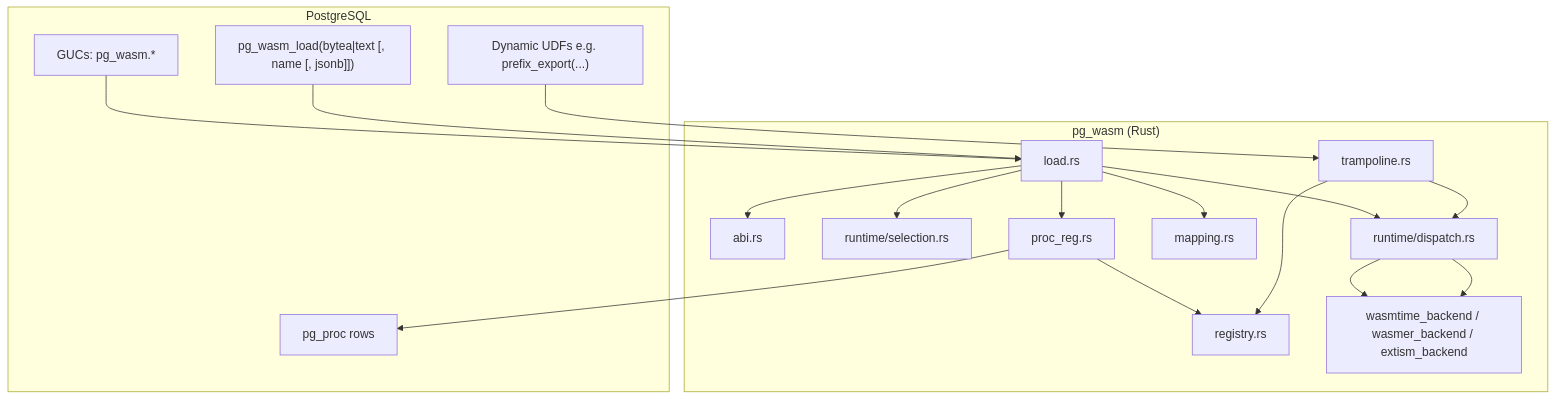
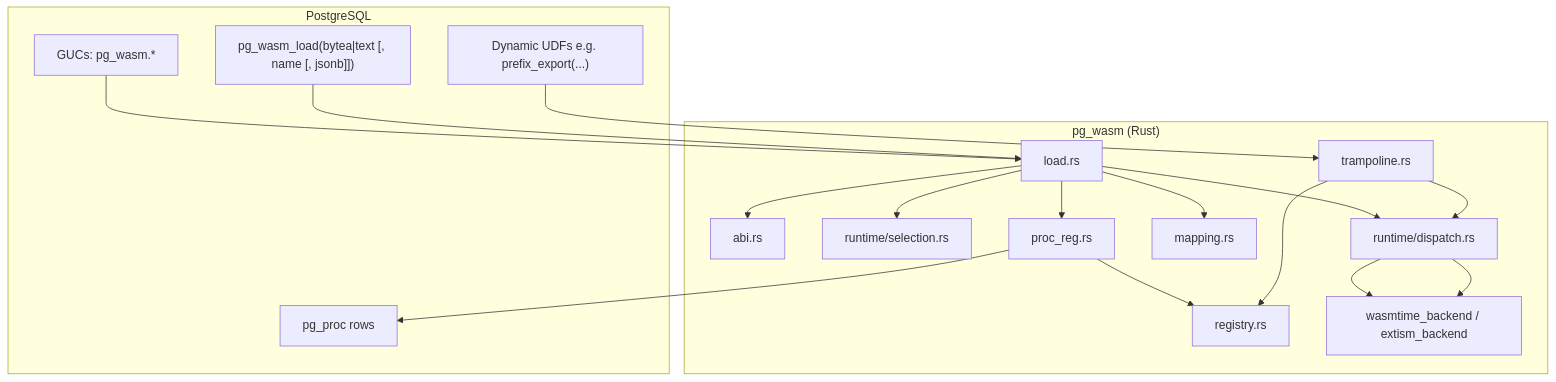
Before and after one commit to jnicholls/pgwasm: the first of 4 diagrams in docs/architecture.md, drawn with Mermaid. The commit also changed other lines of this file and 12 other files, not shown here.

Commit message:
remove wasmer, align extism

````diff
--- a/docs/architecture.md
+++ b/docs/architecture.md
@@ -22,36 +22,36 @@
 ```mermaid
 flowchart TB
   subgraph SQL["PostgreSQL"]
     Load["pg_wasm_load(bytea|text [, name [, jsonb]])"]
     UDF["Dynamic UDFs e.g. prefix_export(...)"]
     GUCs["GUCs: pg_wasm.*"]
     PgProc["pg_proc rows"]
   end
 
   subgraph Rust["pg_wasm (Rust)"]
     LoadMod["load.rs"]
     Abi["abi.rs"]
     Sel["runtime/selection.rs"]
     Dispatch["runtime/dispatch.rs"]
     Map["mapping.rs"]
     ProcReg["proc_reg.rs"]
     Tramp["trampoline.rs"]
     Reg["registry.rs"]
-    Backends["wasmtime_backend / wasmer_backend / extism_backend"]
+    Backends["wasmtime_backend / extism_backend"]
   end
 
   GUCs --> LoadMod
   Load --> LoadMod
   LoadMod --> Abi
   LoadMod --> Sel
   LoadMod --> Dispatch
   Dispatch --> Backends
   LoadMod --> Map
   LoadMod --> ProcReg
   ProcReg --> PgProc
   ProcReg --> Reg
   UDF --> Tramp
   Tramp --> Reg
   Tramp --> Dispatch
   Dispatch --> Backends
 ```
````
